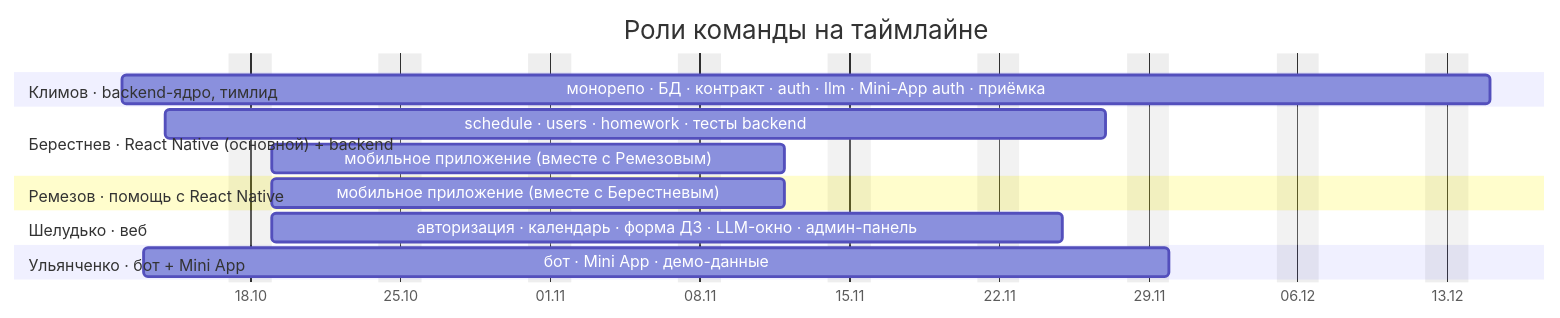
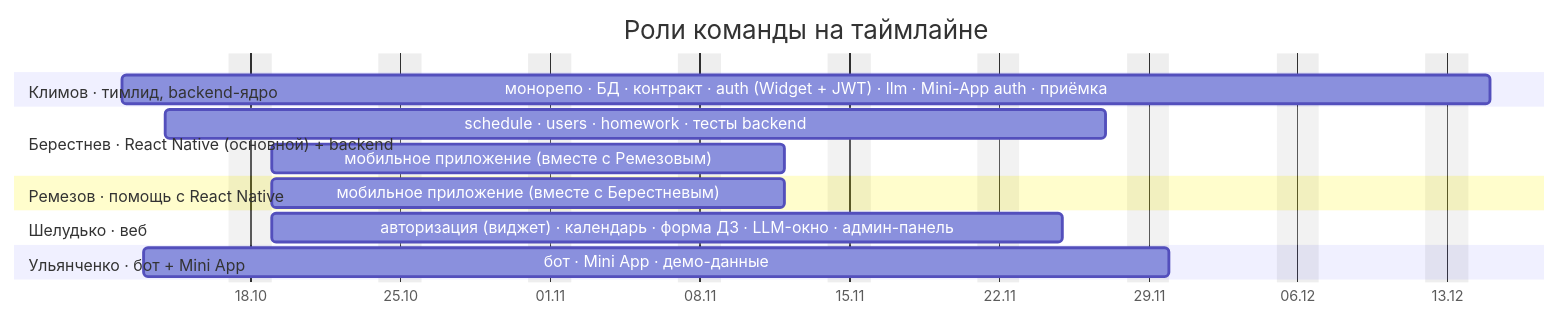
Before and after one commit to Ivansups/Zeta: the fourth of 4 diagrams in docs/Roadmap.md, drawn with Mermaid. The commit also changed other lines of this file and 25 other files, not shown here.

First line of the commit message:
docs: switch web auth to Telegram Login Widget and transfer auth ownership to Klimov (#74)

````diff
--- a/docs/Roadmap.md
+++ b/docs/Roadmap.md
@@ -140,23 +145,23 @@
 ```mermaid
 gantt
     title Роли команды на таймлайне
     dateFormat YYYY-MM-DD
     axisFormat %d.%m
     excludes weekends
 
-    section Климов · backend-ядро, тимлид
-    монорепо · БД · контракт · auth · llm · Mini-App auth · приёмка :k, 2026-10-12, 2026-12-15
+    section Климов · тимлид, backend-ядро
+    монорепо · БД · контракт · auth (Widget + JWT) · llm · Mini-App auth · приёмка :k, 2026-10-12, 2026-12-15
 
     section Берестнев · React Native (основной) + backend
     schedule · users · homework · тесты backend :b, 2026-10-14, 2026-11-27
     мобильное приложение (вместе с Ремезовым) :b2, 2026-10-19, 2026-11-12
 
     section Ремезов · помощь с React Native
     мобильное приложение (вместе с Берестневым) :r, 2026-10-19, 2026-11-12
 
     section Шелудько · веб
-    авторизация · календарь · форма ДЗ · LLM-окно · админ-панель :s, 2026-10-19, 2026-11-25
+    авторизация (виджет) · календарь · форма ДЗ · LLM-окно · админ-панель :s, 2026-10-19, 2026-11-25
 
     section Ульянченко · бот + Mini App
     бот · Mini App · демо-данные :u, 2026-10-13, 2026-11-30
 ```
````
